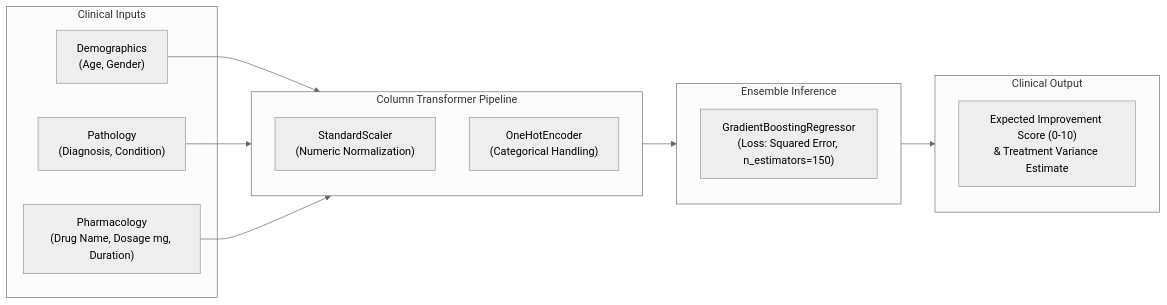
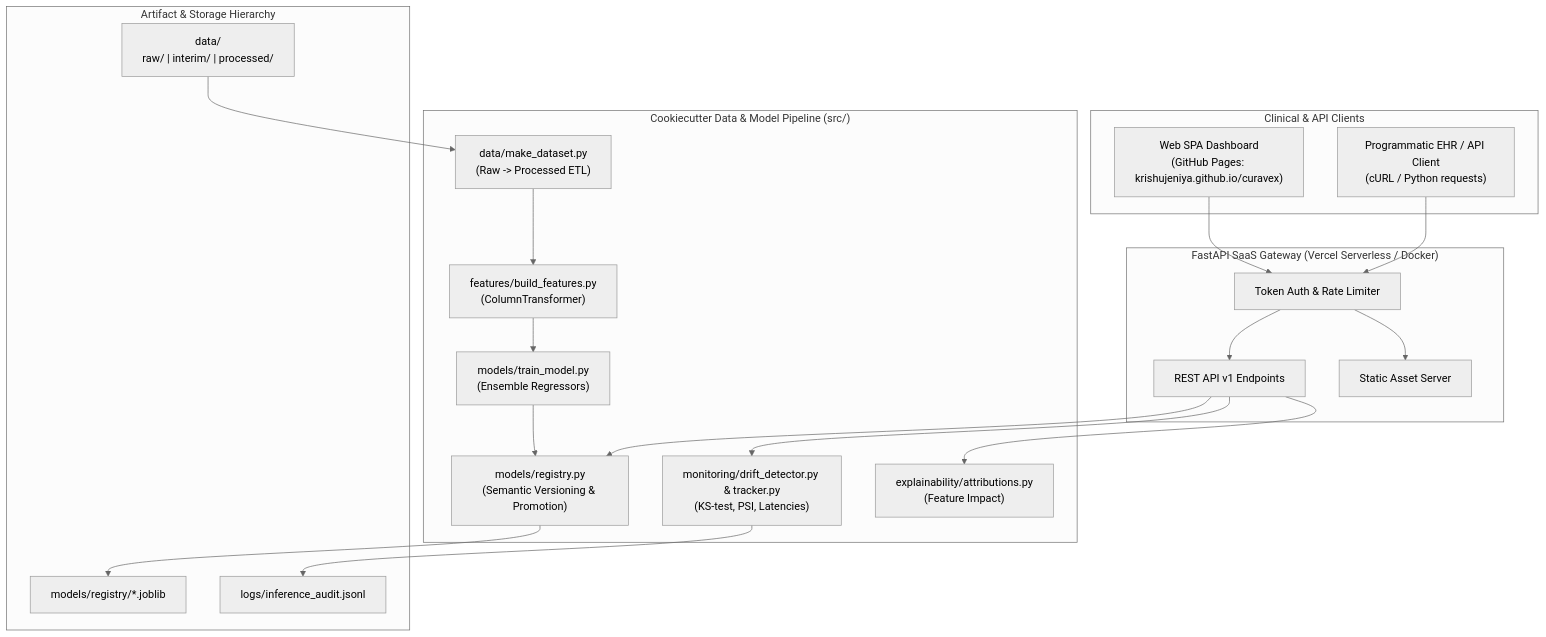
Before and after one commit to krishujeniya/curavex: the diagram in README.md, drawn with Mermaid (neutral theme). The commit also changed other lines of this file and 97 other files, not shown here.

Commit message:
feat(mlops): deploy curavex saas with ccds layout, vercel backend, and github pages

````diff
--- a/README.md
+++ b/README.md
@@ -26,25 +26,33 @@
 ```mermaid
-flowchart LR
-    subgraph Input["Clinical Inputs"]
-        A1["Demographics<br/>(Age, Gender)"]
-        A2["Pathology<br/>(Diagnosis, Condition)"]
-        A3["Pharmacology<br/>(Drug Name, Dosage mg, Duration)"]
+flowchart TD
+    subgraph Client["Clinical & API Clients"]
+        UI["Web SPA Dashboard<br/>(GitHub Pages: krishujeniya.github.io/curavex)"]
+        API_CLIENT["Programmatic EHR / API Client<br/>(cURL / Python requests)"]
     end
 
-    subgraph Preprocessing["Column Transformer Pipeline"]
-        B1["StandardScaler<br/>(Numeric Normalization)"]
-        B2["OneHotEncoder<br/>(Categorical Handling)"]
+    subgraph CCDS_Pipeline["Cookiecutter Data & Model Pipeline (src/)"]
+        DATA_IN["data/make_dataset.py<br/>(Raw -> Processed ETL)"]
+        FEAT["features/build_features.py<br/>(ColumnTransformer)"]
+        TRAIN["models/train_model.py<br/>(Ensemble Regressors)"]
+        REG["models/registry.py<br/>(Semantic Versioning & Promotion)"]
+        MON["monitoring/drift_detector.py & tracker.py<br/>(KS-test, PSI, Latencies)"]
+        EXP["explainability/attributions.py<br/>(Feature Impact)"]
     end
 
-    subgraph Modeling["Ensemble Inference"]
-        C1["GradientBoostingRegressor<br/>(Loss: Squared Error, n_estimators=150)"]
+    subgraph Serving["FastAPI SaaS Gateway (Vercel Serverless / Docker)"]
+        AUTH["Token Auth & Rate Limiter"]
+        ROUTERS["REST API v1 Endpoints"]
+        STATIC["Static Asset Server"]
     end
 
-    subgraph Prognosis["Clinical Output"]
-        D1["Expected Improvement Score (0-10)<br/>& Treatment Variance Estimate"]
+    subgraph Storage["Artifact & Storage Hierarchy"]
+        DATA_DIR["data/<br/>raw/ | interim/ | processed/"]
+        MODELS_DIR["models/registry/*.joblib"]
+        LOGS_DIR["logs/inference_audit.jsonl"]
     end
 
-    A1 & A2 & A3 --> Preprocessing
-    Preprocessing --> Modeling
-    Modeling --> Prognosis
+    DATA_DIR --> DATA_IN --> FEAT --> TRAIN --> REG --> MODELS_DIR
+    UI & API_CLIENT --> AUTH --> ROUTERS & STATIC
+    ROUTERS --> REG & MON & EXP
+    MON --> LOGS_DIR
 ```
````
